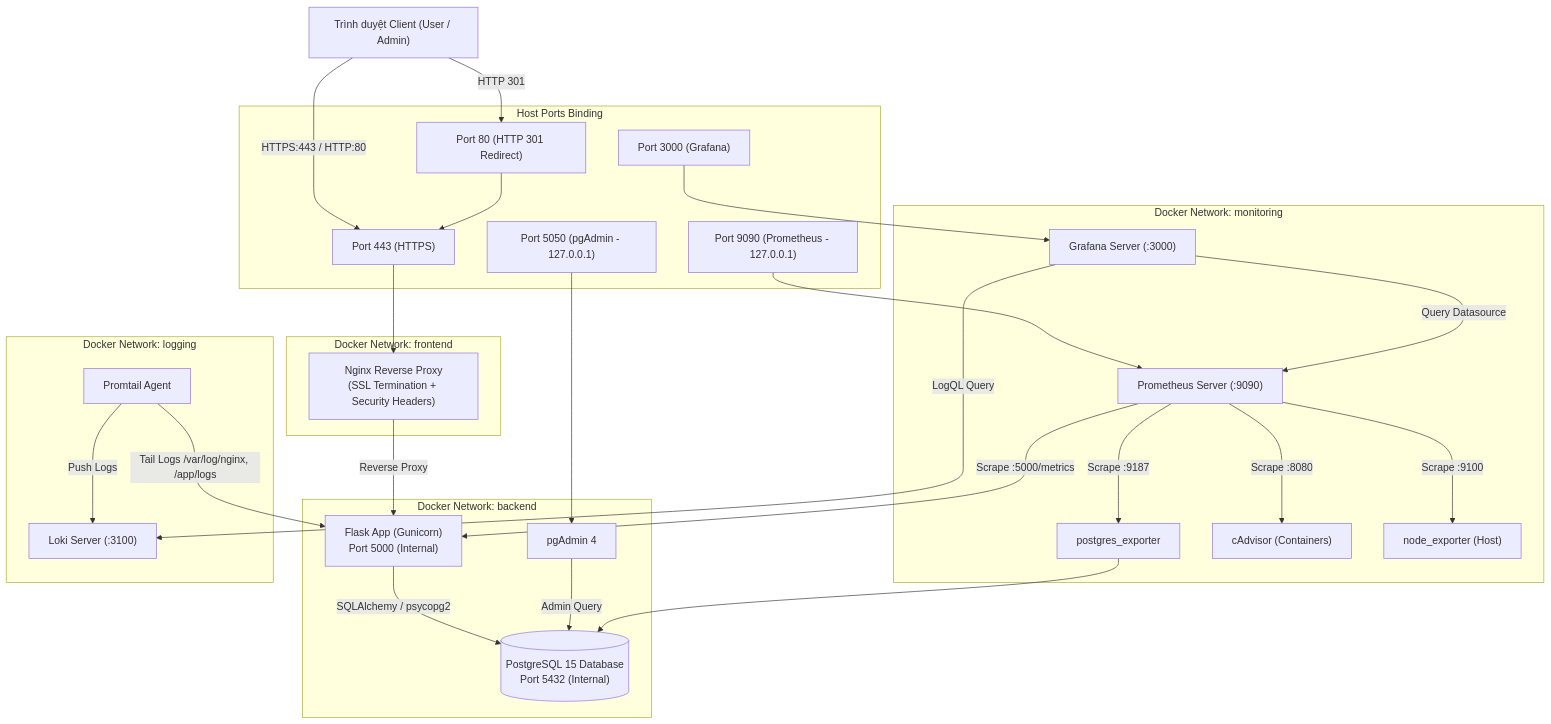
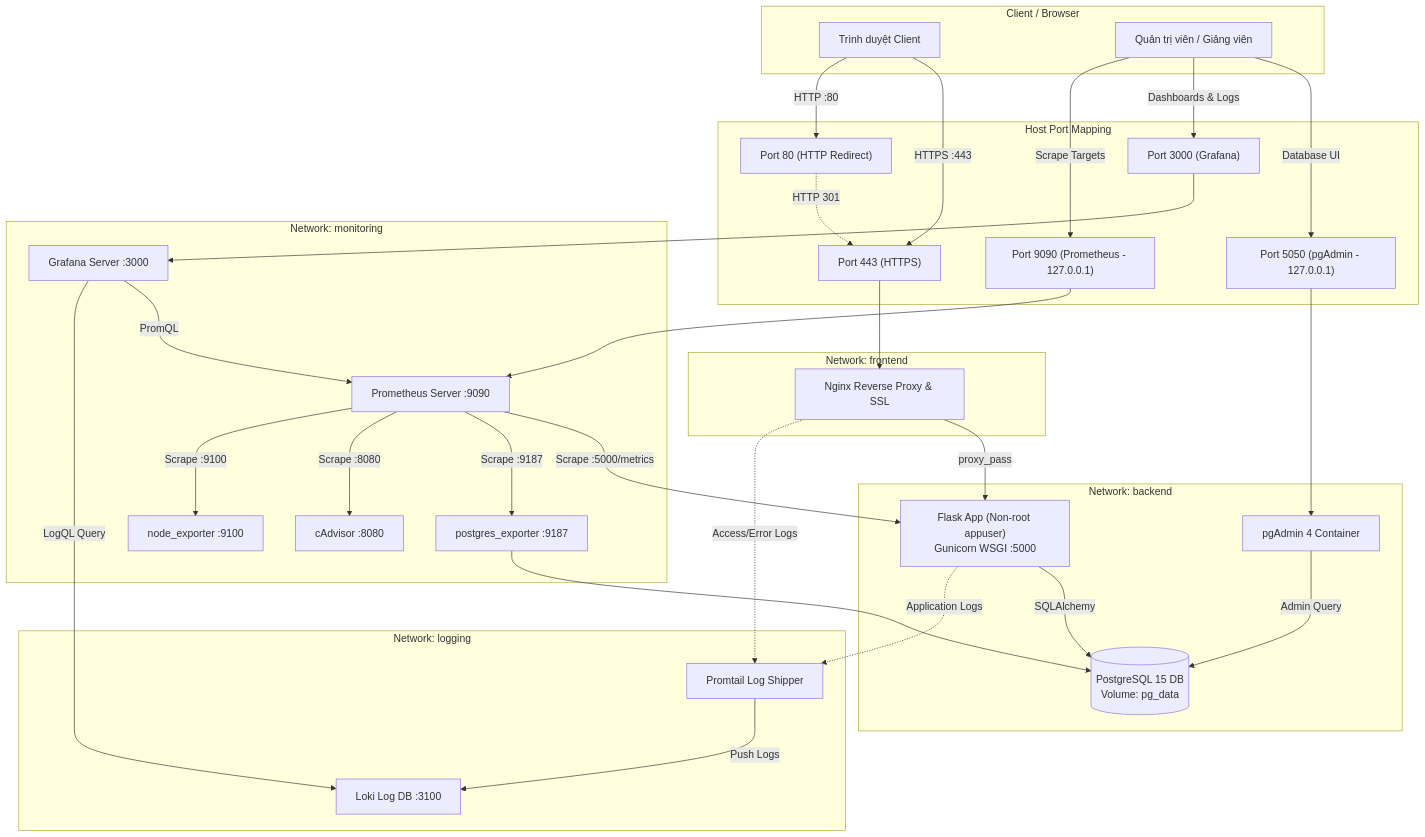
Before and after one commit to dtc245200156/Quanlythuvien: the diagram in README.md, drawn with Mermaid. The commit also changed other lines of this file and 18 other files, not shown here.

Commit message:
feat: add centralized logging with Loki and Promtail

````diff
--- a/README.md
+++ b/README.md
@@ -46,55 +80,62 @@
 ```mermaid
-flowchart TD
-    Client["Trình duyệt Client (User / Admin)"]
-    
-    subgraph Host_Ports ["Host Ports Binding"]
+graph TB
+    subgraph Client_Space ["Client / Browser"]
+        Browser["Trình duyệt Client"]
+        DevOps["Quản trị viên / Giảng viên"]
+    end
+
+    subgraph Host_Bindings ["Host Port Mapping"]
         P443["Port 443 (HTTPS)"]
-        P80["Port 80 (HTTP 301 Redirect)"]
+        P80["Port 80 (HTTP Redirect)"]
         P5050["Port 5050 (pgAdmin - 127.0.0.1)"]
         P3000["Port 3000 (Grafana)"]
         P9090["Port 9090 (Prometheus - 127.0.0.1)"]
     end
 
-    Client -->|HTTPS:443 / HTTP:80| P443
-    Client -->|HTTP 301| P80
-    P80 --> P443
+    Browser -->|HTTPS :443| P443
+    Browser -->|HTTP :80| P80
+    P80 -.->|HTTP 301| P443
+    DevOps -->|Database UI| P5050
+    DevOps -->|Dashboards & Logs| P3000
+    DevOps -->|Scrape Targets| P9090
 
-    subgraph Network_Frontend ["Docker Network: frontend"]
-        Nginx["Nginx Reverse Proxy<br>(SSL Termination + Security Headers)"]
+    subgraph Net_Front ["Network: frontend"]
+        Nginx["Nginx Reverse Proxy & SSL"]
     end
     P443 --> Nginx
 
-    subgraph Network_Backend ["Docker Network: backend"]
-        Flask["Flask App (Gunicorn)<br>Port 5000 (Internal)"]
-        Postgres[("PostgreSQL 15 Database<br>Port 5432 (Internal)")]
-        pgAdmin["pgAdmin 4"]
+    subgraph Net_Back ["Network: backend"]
+        Flask["Flask App (Non-root appuser)<br>Gunicorn WSGI :5000"]
+        Postgres[("PostgreSQL 15 DB<br>Volume: pg_data")]
+        pgAdmin["pgAdmin 4 Container"]
     end
-    Nginx -->|Reverse Proxy| Flask
-    Flask -->|SQLAlchemy / psycopg2| Postgres
+    Nginx -->|proxy_pass| Flask
+    Flask -->|SQLAlchemy| Postgres
     pgAdmin -->|Admin Query| Postgres
     P5050 --> pgAdmin
 
-    subgraph Network_Monitoring ["Docker Network: monitoring"]
-        Prometheus["Prometheus Server (:9090)"]
-        Grafana["Grafana Server (:3000)"]
-        PGExp["postgres_exporter"]
-        cAdvisor["cAdvisor (Containers)"]
-        NodeExp["node_exporter (Host)"]
+    subgraph Net_Mon ["Network: monitoring"]
+        Prometheus["Prometheus Server :9090"]
+        Grafana["Grafana Server :3000"]
+        PGExp["postgres_exporter :9187"]
+        cAdv["cAdvisor :8080"]
+        NodeExp["node_exporter :9100"]
     end
+    P9090 --> Prometheus
     P3000 --> Grafana
-    P9090 --> Prometheus
     Prometheus -->|Scrape :5000/metrics| Flask
     Prometheus -->|Scrape :9187| PGExp
-    Prometheus -->|Scrape :8080| cAdvisor
+    Prometheus -->|Scrape :8080| cAdv
     Prometheus -->|Scrape :9100| NodeExp
     PGExp --> Postgres
-    Grafana -->|Query Datasource| Prometheus
+    Grafana -->|PromQL| Prometheus
 
-    subgraph Network_Logging ["Docker Network: logging"]
-        Promtail["Promtail Agent"]
-        Loki["Loki Server (:3100)"]
+    subgraph Net_Log ["Network: logging"]
+        Promtail["Promtail Log Shipper"]
+        Loki["Loki Log DB :3100"]
     end
-    Promtail -->|Tail Logs /var/log/nginx, /app/logs| Flask
+    Nginx -.->|Access/Error Logs| Promtail
+    Flask -.->|Application Logs| Promtail
     Promtail -->|Push Logs| Loki
     Grafana -->|LogQL Query| Loki
 ```
````
